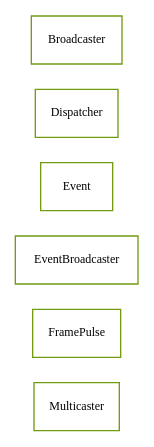
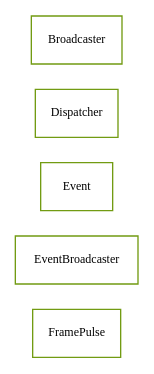
The diagram in docs/com/sekati/events/classes.dot (sekati/sasapi), drawn with Graphviz before and after one commit. The commit also changed 92 other files, not shown here.

```diff
--- a/docs/com/sekati/events/classes.dot
+++ b/docs/com/sekati/events/classes.dot
@@ -1,57 +1,48 @@
 strict digraph class_diagram {
   rankdir=LR;
-  TypeMulticaster[
-    label="Multicaster",
-    URL="Multicaster.html",
-    tooltip="com.sekati.events.Multicaster",
-    fontname="Verdana",
-    fontsize="9"
-    color="#729b12"
-    shape="record"
-  ];
   TypeFramePulse[
     label="FramePulse",
     URL="FramePulse.html",
     tooltip="com.sekati.events.FramePulse",
     fontname="Verdana",
     fontsize="9"
     color="#729b12"
     shape="record"
   ];
   TypeEventBroadcaster[
     label="EventBroadcaster",
     URL="EventBroadcaster.html",
     tooltip="com.sekati.events.EventBroadcaster",
     fontname="Verdana",
     fontsize="9"
     color="#729b12"
     shape="record"
   ];
   TypeEvent[
     label="Event",
     URL="Event.html",
     tooltip="com.sekati.events.Event",
     fontname="Verdana",
     fontsize="9"
     color="#729b12"
     shape="record"
   ];
   TypeDispatcher[
     label="Dispatcher",
     URL="Dispatcher.html",
     tooltip="com.sekati.events.Dispatcher",
     fontname="Verdana",
     fontsize="9"
     color="#729b12"
     shape="record"
   ];
   TypeBroadcaster[
     label="Broadcaster",
     URL="Broadcaster.html",
     tooltip="com.sekati.events.Broadcaster",
     fontname="Verdana",
     fontsize="9"
     color="#729b12"
     shape="record"
   ];
 }
```
